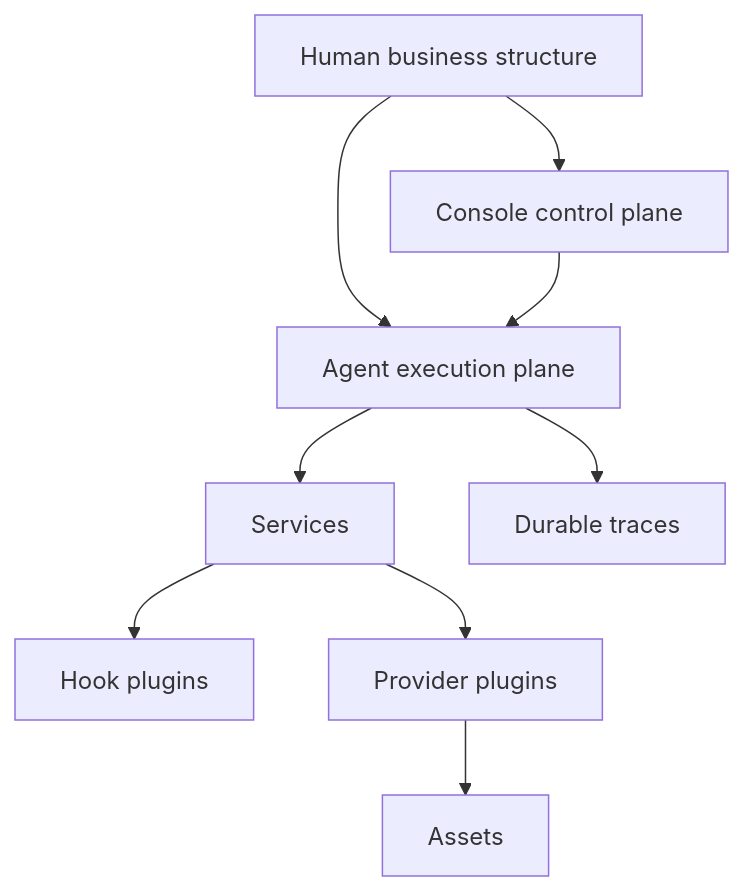
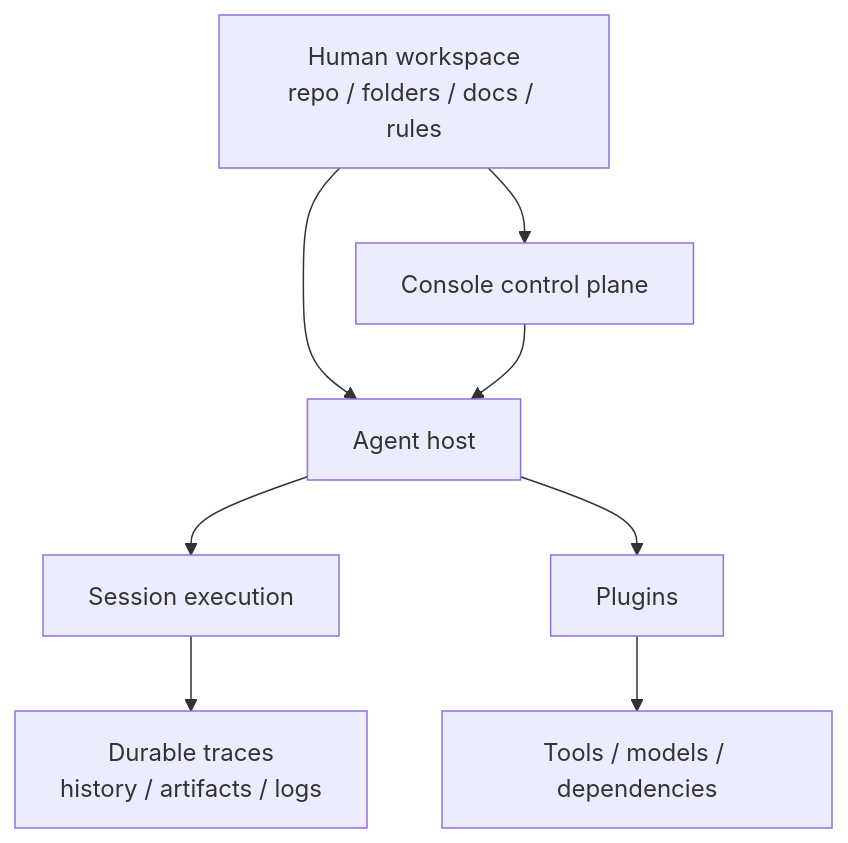
Before and after one commit to wangenius/downcity: the diagram in homepage/content/devdocs/en/philosophy/principles.mdx, drawn with Mermaid. The commit also changed other lines of this file and 433 other files, not shown here.

Commit message:
refactor(agent,city): unify plugin-session architecture

````diff
--- a/homepage/content/devdocs/en/philosophy/principles.mdx
+++ b/homepage/content/devdocs/en/philosophy/principles.mdx
@@ -49,11 +52,10 @@
 ```mermaid
 flowchart TD
-  H["Human business structure"] --> C["Console control plane"]
-  H --> A["Agent execution plane"]
+  H["Human workspace<br/>repo / folders / docs / rules"] --> C["Console control plane"]
+  H --> A["Agent host"]
   C --> A
-  A --> S["Services"]
-  S --> HP["Hook plugins"]
-  S --> PP["Provider plugins"]
-  PP --> T["Assets"]
-  A --> D["Durable traces"]
+  A --> S["Session execution"]
+  A --> P["Plugins"]
+  P --> T["Tools / models / dependencies"]
+  S --> D["Durable traces<br/>history / artifacts / logs"]
 ```
````
